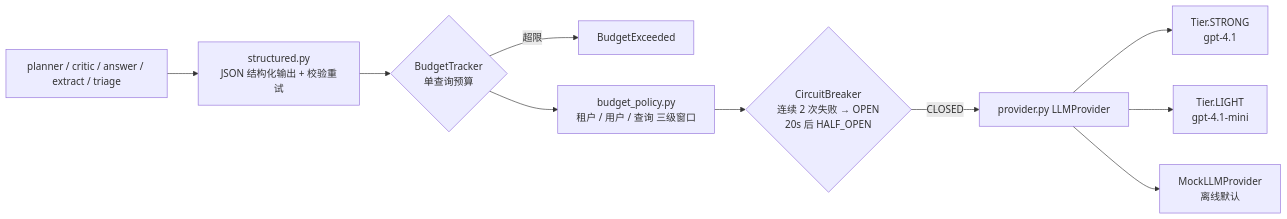
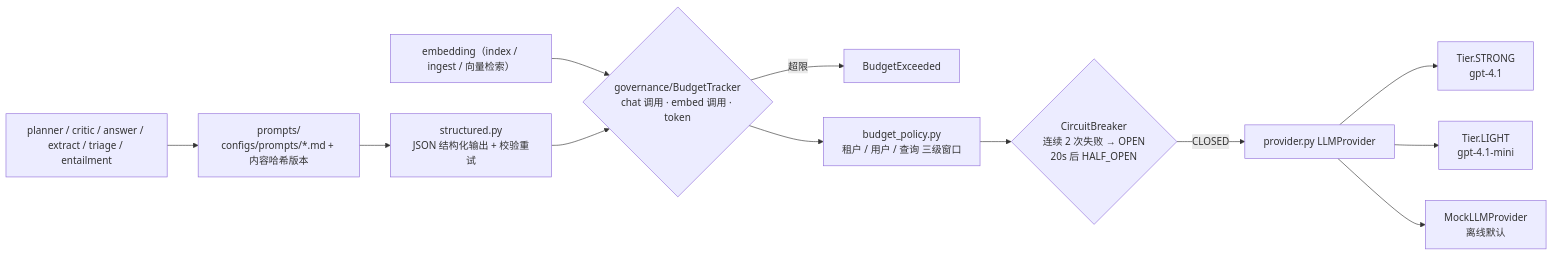
One commit to RightCloudhub/AG changed diagram 12 of 17 in docs/ARCHITECTURE.md. Above: the diagram before and after it, drawn with Mermaid. The commit also changed other lines of this file and 154 other files, not shown here.

Commit message:
fix(stores): implement Neo4jGraphStore.list_entities and add it to GraphStore protocol

````diff
--- a/docs/ARCHITECTURE.md
+++ b/docs/ARCHITECTURE.md
@@ -308,12 +334,14 @@
 ```mermaid
 flowchart LR
-    CALLER["planner / critic / answer / extract / triage"] --> ST["structured.py<br/>JSON 结构化输出 + 校验重试"]
-    ST --> BT{"BudgetTracker<br/>单查询预算"}
+    CALLER["planner / critic / answer / extract / triage / entailment"] --> PRM["prompts/<br/>configs/prompts/*.md + 内容哈希版本"]
+    PRM --> ST["structured.py<br/>JSON 结构化输出 + 校验重试"]
+    EMB["embedding（index / ingest / 向量检索）"] --> BT
+    ST --> BT{"governance/BudgetTracker<br/>chat 调用 · embed 调用 · token"}
     BT -->|超限| BE["BudgetExceeded"]
     BT --> BP["budget_policy.py<br/>租户 / 用户 / 查询 三级窗口"]
     BP --> CB{"CircuitBreaker<br/>连续 2 次失败 → OPEN<br/>20s 后 HALF_OPEN"}
     CB -->|CLOSED| PR["provider.py LLMProvider"]
     PR --> STRONG["Tier.STRONG<br/>gpt-4.1"]
     PR --> LIGHT["Tier.LIGHT<br/>gpt-4.1-mini"]
     PR --> MOCK["MockLLMProvider<br/>离线默认"]
 ```
````
